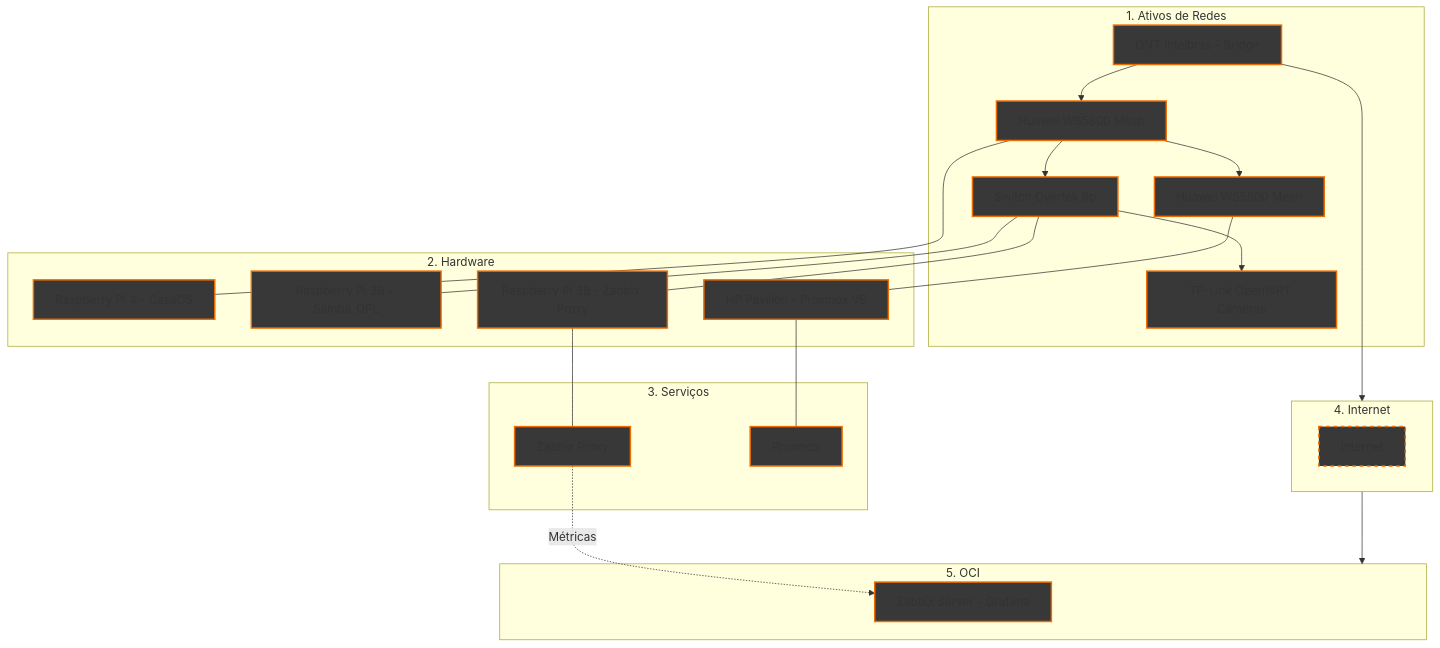
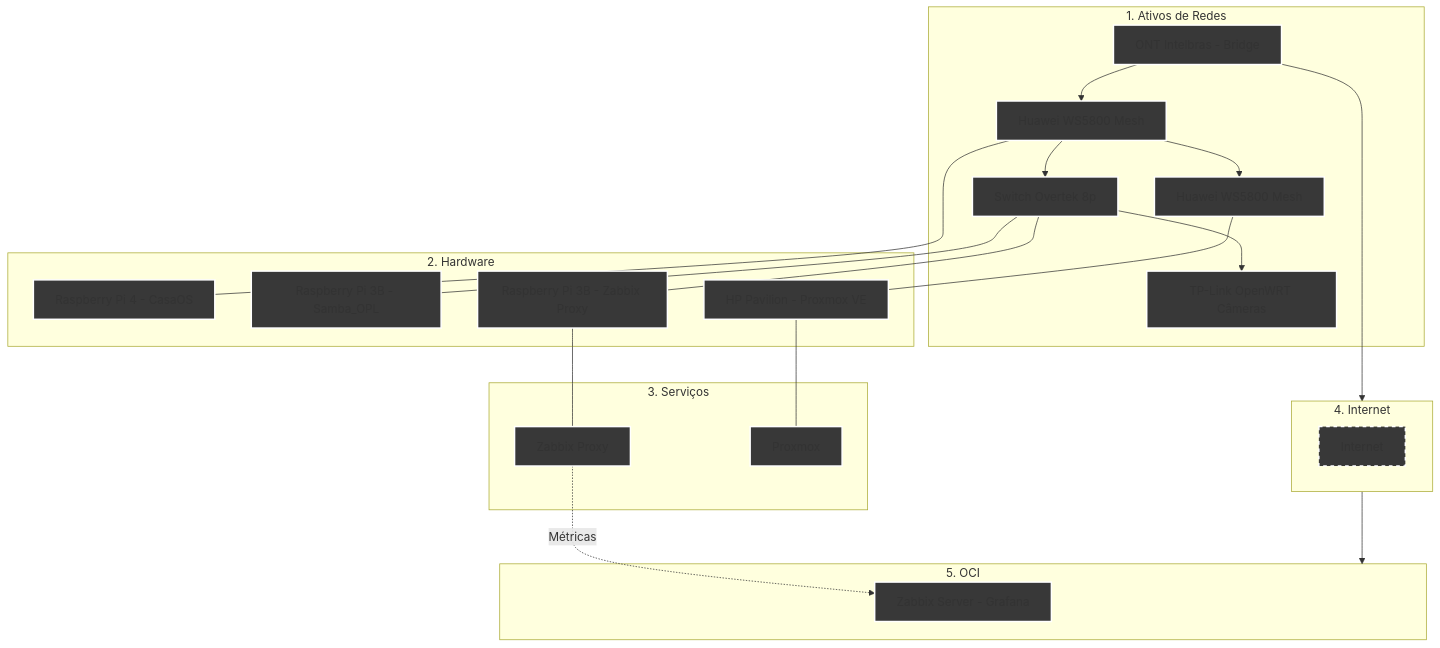
Before and after one commit to kevindexter22/Dr-Hardware-Autonet: the diagram in Infraestructure/README.md, drawn with Mermaid.

````diff
--- a/Infraestructure/README.md
+++ b/Infraestructure/README.md
@@ -13,49 +13,49 @@
 ```mermaid
 graph TD
     %% Estilos
-    classDef rede fill:#383838,stroke:#ef6c00,stroke-width:2px;
-    classDef hardware fill:#383838,stroke:#ef6c00,stroke-width:2px;
-    classDef internet fill:#383838,stroke:#ef6c00,stroke-width:2px,stroke-dasharray: 5 5;
-    classDef serviços fill:#383838,stroke:#ef6c00,stroke-width:2px;
-    classDef oci fill:#383838,stroke:#ef6c00,stroke-width:2px;
+    classDef rede fill:#383838,stroke:#FFFFFF,stroke-width:2px;
+    classDef hardware fill:#383838,stroke:#FFFFFF,stroke-width:2px;
+    classDef internet fill:#383838,stroke:#FFFFFF,stroke-width:2px,stroke-dasharray: 5 5;
+    classDef serviços fill:#383838,stroke:#FFFFFF,stroke-width:2px;
+    classDef oci fill:#383838,stroke:#FFFFFF,stroke-width:2px;
 
     %% 1. ATIVOS DE REDE
     subgraph S1 [1. Ativos de Redes]
         ONT[ONT Intelbras - Bridge]:::rede --> R_Mesh1[Huawei WS5800 Mesh]:::rede
         R_Mesh1 --> R_Mesh2[Huawei WS5800 Mesh]:::rede
         R_Mesh1 --> SW1[Switch Overtek 8p]:::rede
         SW1 --> R_Cams[TP-Link OpenWRT Câmeras]:::rede
     end
 
     %% 2. HARDWARE
     subgraph S2 [2. Hardware]
         R_Mesh1 --- RPi4[Raspberry Pi 4 - CasaOS]:::hardware
         SW1 --- RPi3B_1[Raspberry Pi 3B - Samba_OPL]:::hardware
         SW1 --- RPi3B_2[Raspberry Pi 3B - Zabbix Proxy]:::hardware
         R_Mesh2 --- HP[HP Pavilion - Proxmox VE]:::hardware
     end
 
     %% 3. SERVIÇOS     
     subgraph S3 [3. Serviços];    
         RPi3B_2 --- ZP[Zabbix Proxy]:::hardware
         HP --- PVE[Proxmox]:::hardware
     end
 
     %% 4. Internet (A PONTE)
     subgraph S4 [4. Internet]
            internet[Internet]:::internet
     end
 
     %% 5. OCI
     subgraph S5 [5. OCI]
         ZS[Zabbix Server - Grafana]:::oci
     end
 
     %% Conexões de Fluxo de Dados para manter a ordem
     ONT --> S4
     S4 --> S5
     
     %% Relacionamentos lógicos (setas duplas para replicação)
     ZP -.-> |Métricas| ZS
 
 ```
````
